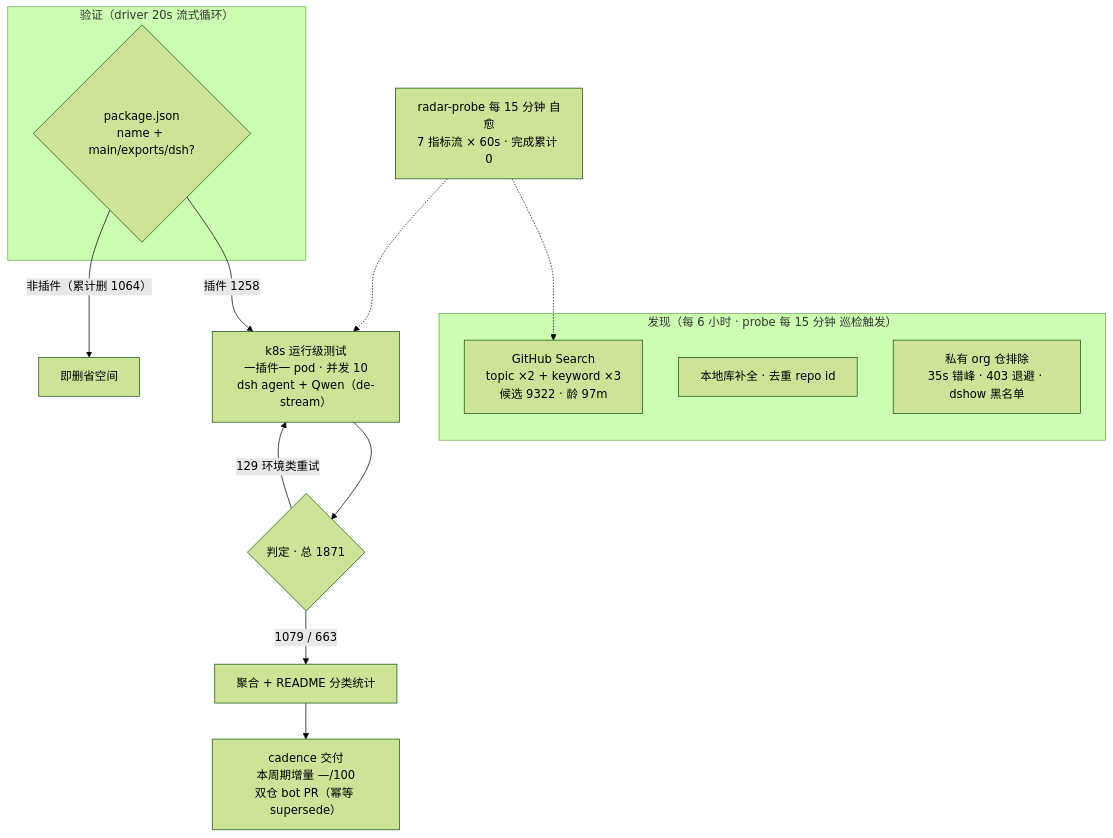
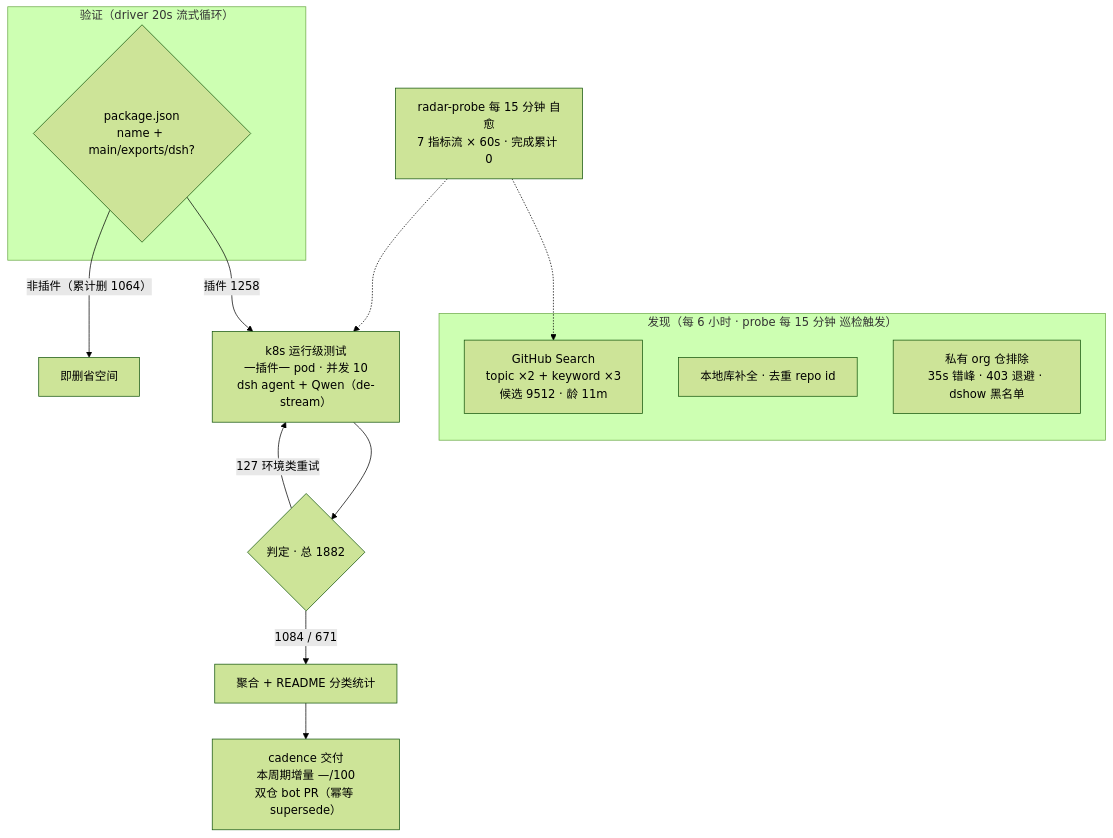
One commit to Zhidao-Lab-OSS/awesome-dsh-plugins changed the diagram in README.md. Above: the diagram before and after it, drawn with Mermaid (forest theme). The commit also changed other lines of this file and 1 other file, not shown here.

````diff
--- a/README.md
+++ b/README.md
@@ -37,19 +37,19 @@
 ```mermaid
 flowchart TB
     subgraph Discovery[" 发现（每 6 小时 · probe 每 15 分钟 巡检触发）"]
-        A1["GitHub Search<br/>topic ×2 + keyword ×3<br/>候选 9322 · 龄 97m"]
+        A1["GitHub Search<br/>topic ×2 + keyword ×3<br/>候选 9512 · 龄 11m"]
         A2["本地库补全 · 去重 repo id"]
         A3[" 私有 org 仓排除<br/>35s 错峰 · 403 退避 · dshow 黑名单"]
     end
     subgraph Validation[" 验证（driver 20s 流式循环）"]
         B1{"package.json<br/>name + main/exports/dsh?"}
     end
     B1 -->|"插件 1258"| C1["k8s 运行级测试<br/>一插件一 pod · 并发 10<br/>dsh agent + Qwen（de-stream）"]
     B1 -->|"非插件（累计删 1064）"| B3[" 即删省空间"]
-    C1 --> D1{"判定 · 总 1871"}
-    D1 -->|" 1079 /  663"| E1["聚合 + README 分类统计"]
-    D1 -->|" 129 环境类重试"| C1
+    C1 --> D1{"判定 · 总 1882"}
+    D1 -->|" 1084 /  671"| E1["聚合 + README 分类统计"]
+    D1 -->|" 127 环境类重试"| C1
     E1 --> E2["cadence 交付<br/>本周期增量 —/100<br/>双仓 bot PR（幂等 supersede）"]
     M[" radar-probe 每 15 分钟 自愈<br/>7 指标流 × 60s · 完成累计 0"] -.-> A1
     M -.-> C1
 ```
````
